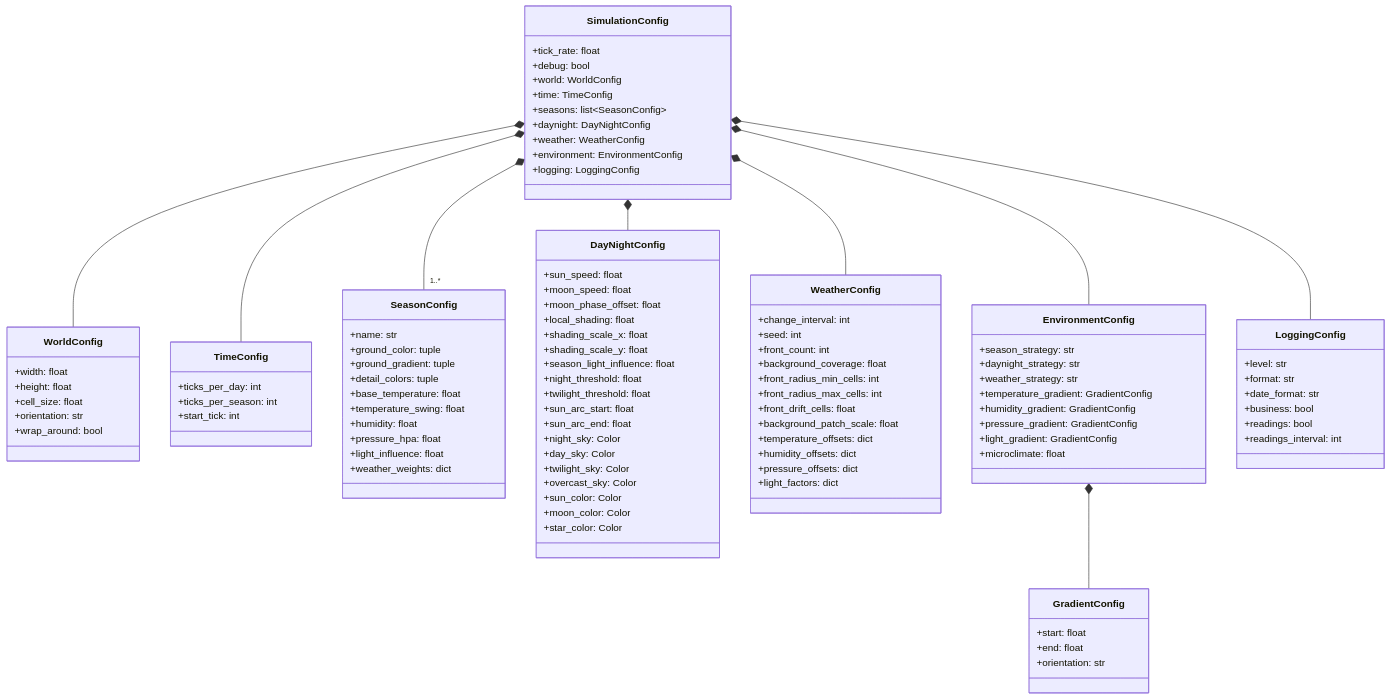
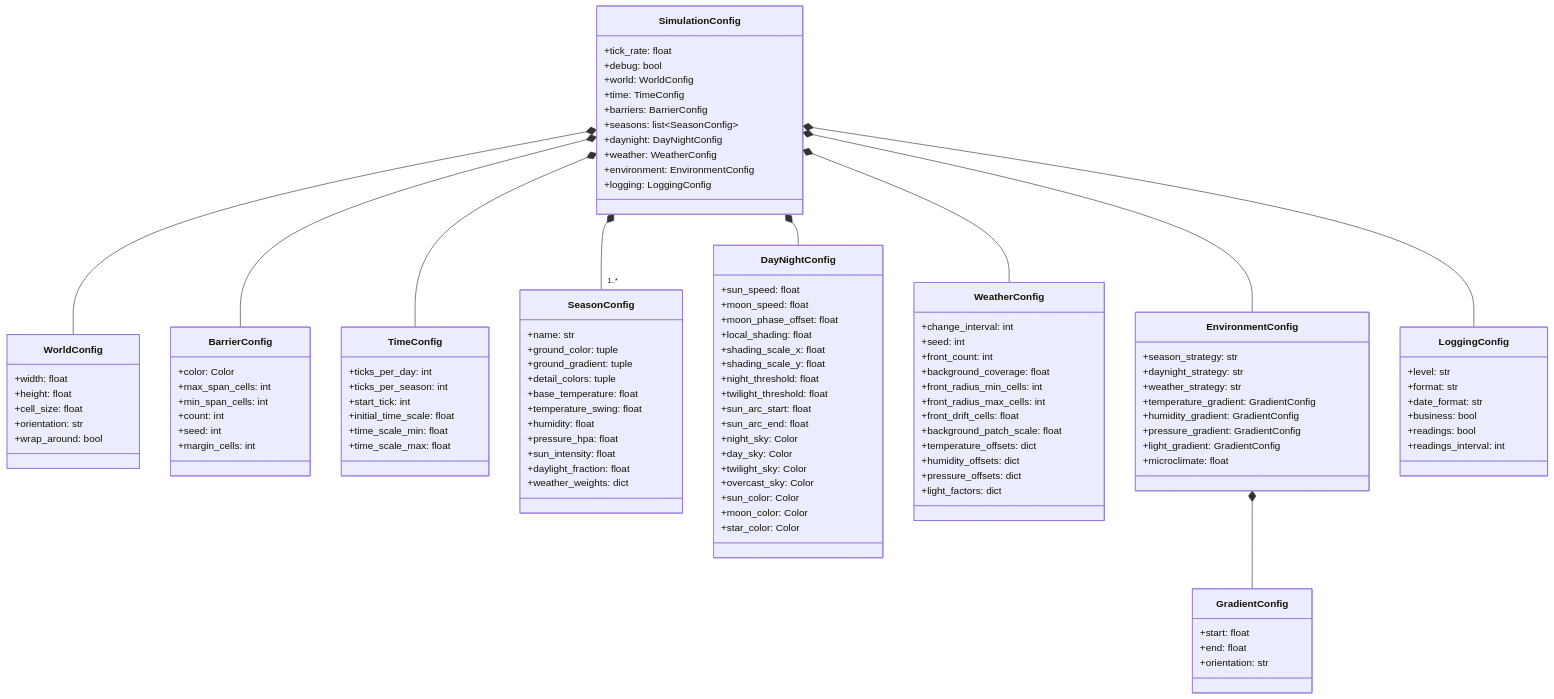
The eighth of 9 diagrams in diagrams.md (m-rossini/bns), drawn with Mermaid before and after one commit. The commit also changed other lines of this file and 3 other files, not shown here.

First line of the commit message:
docs: align README, spec, diagrams, TODO with barrier/climate/render changes

```diff
--- a/diagrams.md
+++ b/diagrams.md
@@ -492,6 +573,7 @@
         +debug: bool
         +world: WorldConfig
         +time: TimeConfig
+        +barriers: BarrierConfig
         +seasons: list~SeasonConfig~
         +daynight: DayNightConfig
         +weather: WeatherConfig
@@ -507,10 +589,22 @@
         +wrap_around: bool
     }
 
+    class BarrierConfig {
+        +color: Color
+        +max_span_cells: int
+        +min_span_cells: int
+        +count: int
+        +seed: int
+        +margin_cells: int
+    }
+
     class TimeConfig {
         +ticks_per_day: int
         +ticks_per_season: int
         +start_tick: int
+        +initial_time_scale: float
+        +time_scale_min: float
+        +time_scale_max: float
     }
 
     class SeasonConfig {
@@ -522,7 +616,8 @@
         +temperature_swing: float
         +humidity: float
         +pressure_hpa: float
-        +light_influence: float
+        +sun_intensity: float
+        +daylight_fraction: float
         +weather_weights: dict
     }
 
@@ -533,7 +628,6 @@
         +local_shading: float
         +shading_scale_x: float
         +shading_scale_y: float
-        +season_light_influence: float
         +night_threshold: float
         +twilight_threshold: float
         +sun_arc_start: float
@@ -590,6 +684,7 @@
 
     SimulationConfig *-- WorldConfig
     SimulationConfig *-- TimeConfig
+    SimulationConfig *-- BarrierConfig
     SimulationConfig *-- "1..*" SeasonConfig
     SimulationConfig *-- DayNightConfig
     SimulationConfig *-- WeatherConfig
```
